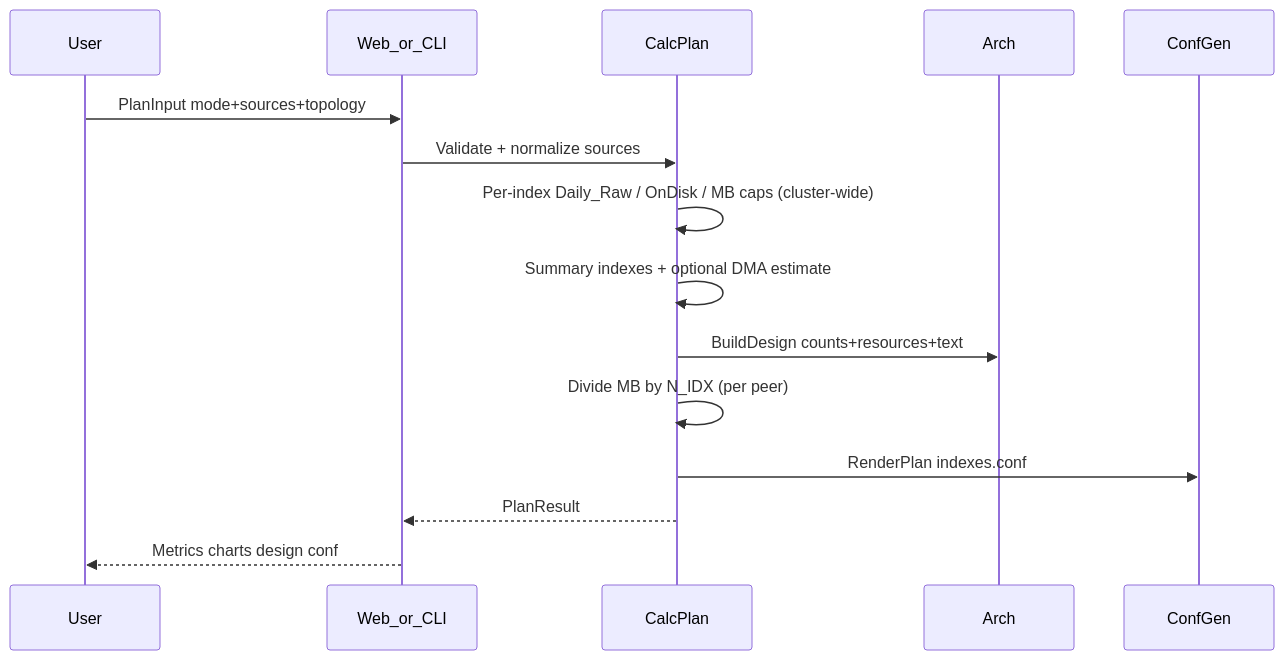
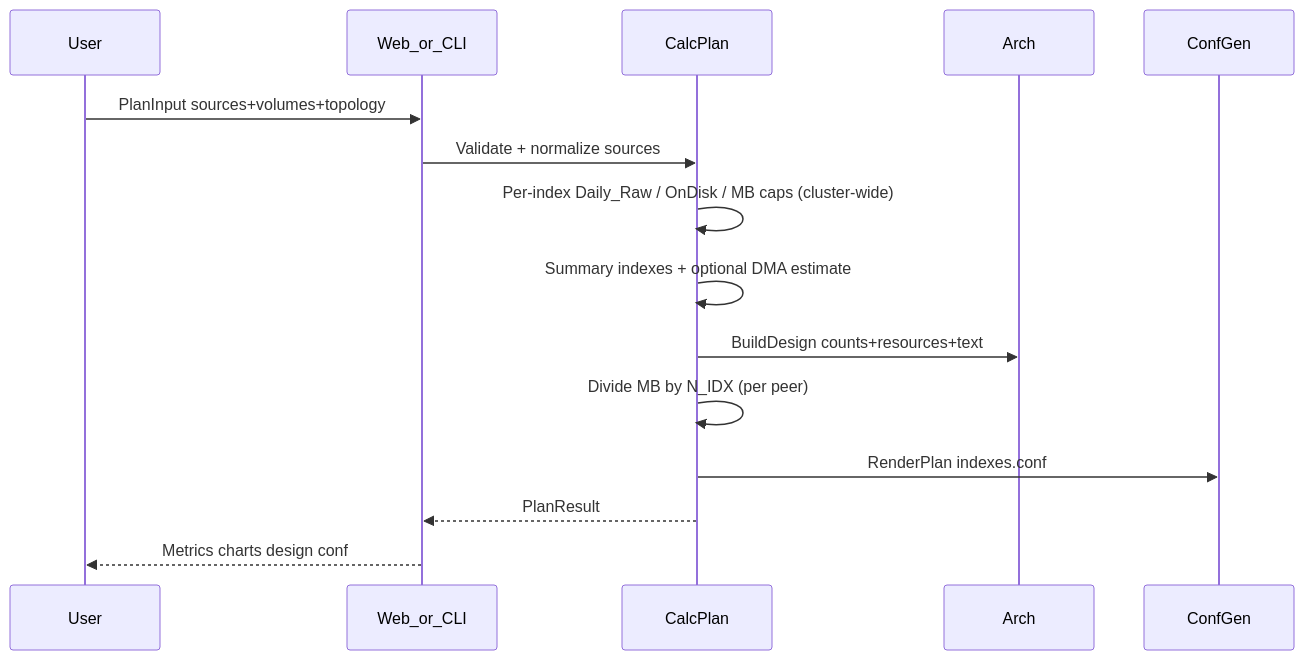
The diagram in scpcalc/docs/03-Logic-and-Formulas.md (Mohammad-Mirasadollahi/splunk-capacity-planning), drawn with Mermaid before and after one commit. The commit also changed other lines of this file and 22 other files, not shown here.

````diff
--- a/scpcalc/docs/03-Logic-and-Formulas.md
+++ b/scpcalc/docs/03-Logic-and-Formulas.md
@@ -19,18 +19,18 @@
 ```mermaid
 sequenceDiagram
   participant U as User
   participant W as Web_or_CLI
   participant E as CalcPlan
   participant A as Arch
   participant G as ConfGen
 
-  U->>W: PlanInput mode+sources+topology
+  U->>W: PlanInput sources+volumes+topology
   W->>E: Validate + normalize sources
   E->>E: Per-index Daily_Raw / OnDisk / MB caps (cluster-wide)
   E->>E: Summary indexes + optional DMA estimate
   E->>A: BuildDesign counts+resources+text
   E->>E: Divide MB by N_IDX (per peer)
   E->>G: RenderPlan indexes.conf
   E-->>W: PlanResult
   W-->>U: Metrics charts design conf
 ```
````
